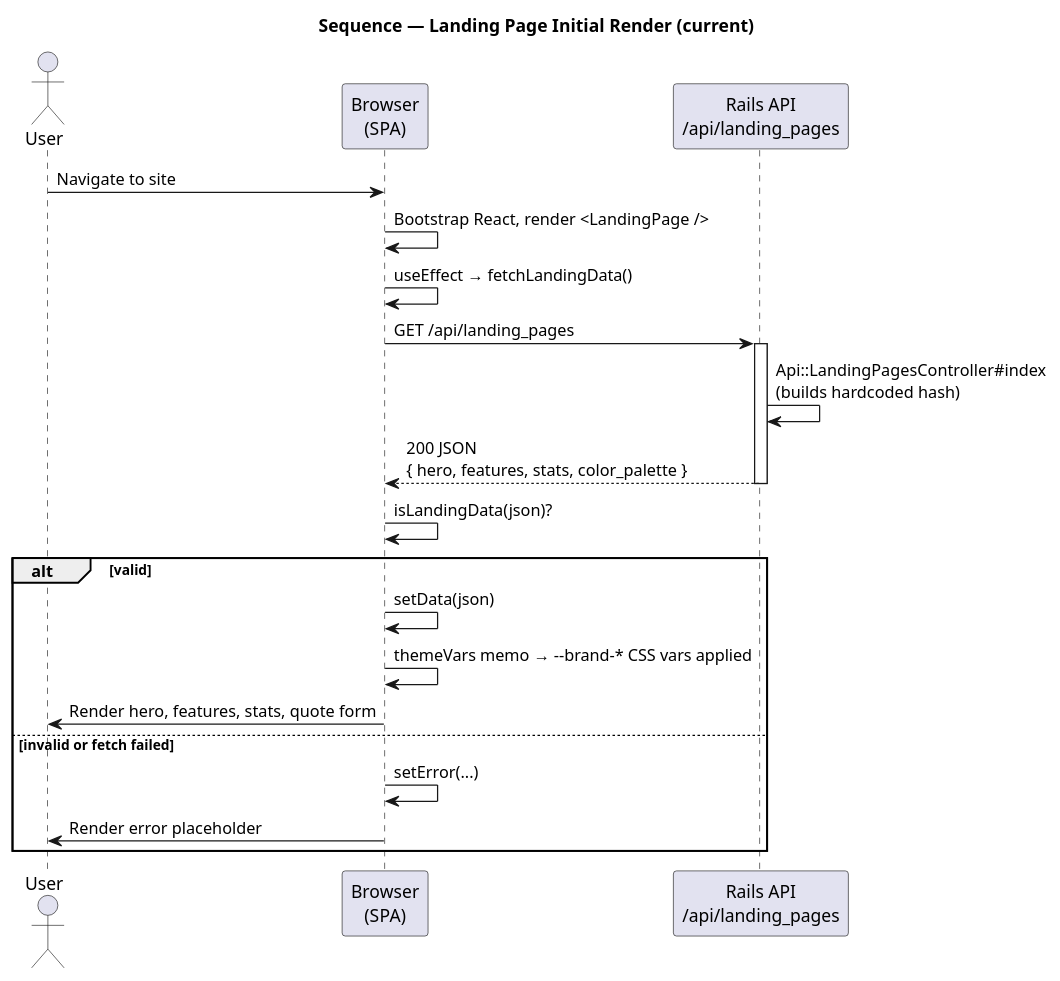
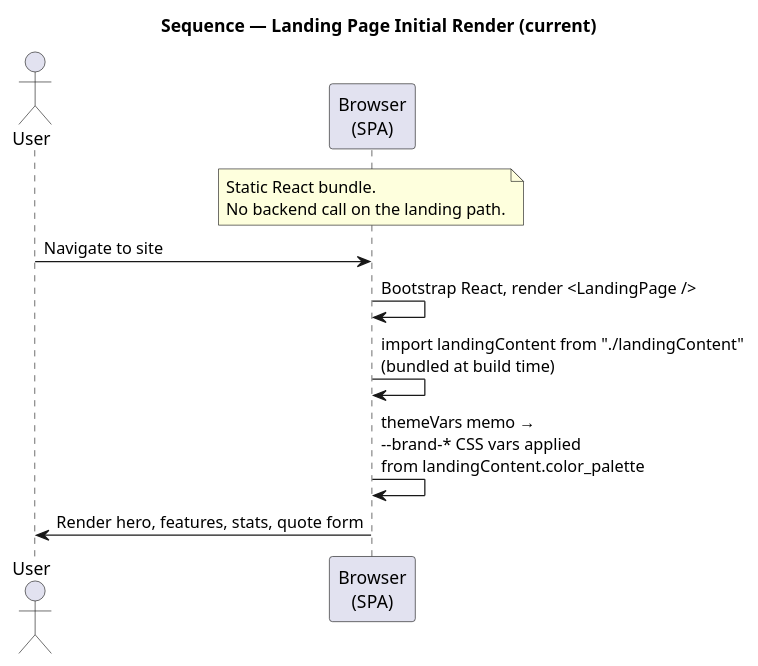
Before and after one commit to matias-ferrero/Truckr: the diagram in docs/03-architecture-diagrams/sequence-landing-page.puml, drawn with PlantUML. The commit also changed 15 other files, not shown here.

First line of the commit message:
docs: correct landing page as static frontend, not backend-served (#78)

```diff
--- a/docs/03-architecture-diagrams/sequence-landing-page.puml
+++ b/docs/03-architecture-diagrams/sequence-landing-page.puml
@@ -1,25 +1,13 @@
 @startuml sequence-landing-page
 title Sequence — Landing Page Initial Render (current)
 
 actor User as u
 participant "Browser\n(SPA)" as b
-participant "Rails API\n/api/landing_pages" as api
+note over b: Static React bundle.\nNo backend call on the landing path.
 
 u -> b: Navigate to site
 b -> b: Bootstrap React, render <LandingPage />
-b -> b: useEffect → fetchLandingData()
-b -> api: GET /api/landing_pages
-activate api
-api -> api: Api::LandingPagesController#index\n(builds hardcoded hash)
-api --> b: 200 JSON\n{ hero, features, stats, color_palette }
-deactivate api
-b -> b: isLandingData(json)?
-alt valid
-  b -> b: setData(json)
-  b -> b: themeVars memo → --brand-* CSS vars applied
-  b -> u: Render hero, features, stats, quote form
-else invalid or fetch failed
-  b -> b: setError(...)
-  b -> u: Render error placeholder
-end
+b -> b: import landingContent from "./landingContent"\n(bundled at build time)
+b -> b: themeVars memo →\n--brand-* CSS vars applied\nfrom landingContent.color_palette
+b -> u: Render hero, features, stats, quote form
 @enduml
```
